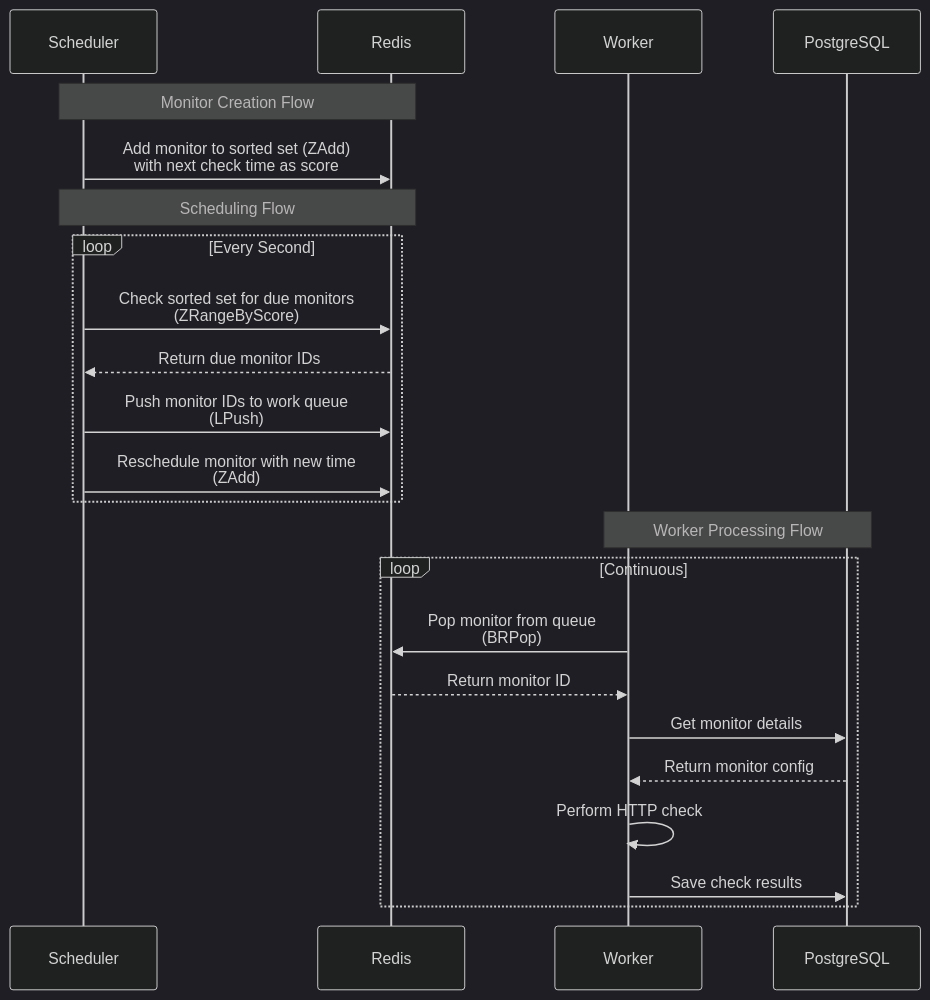
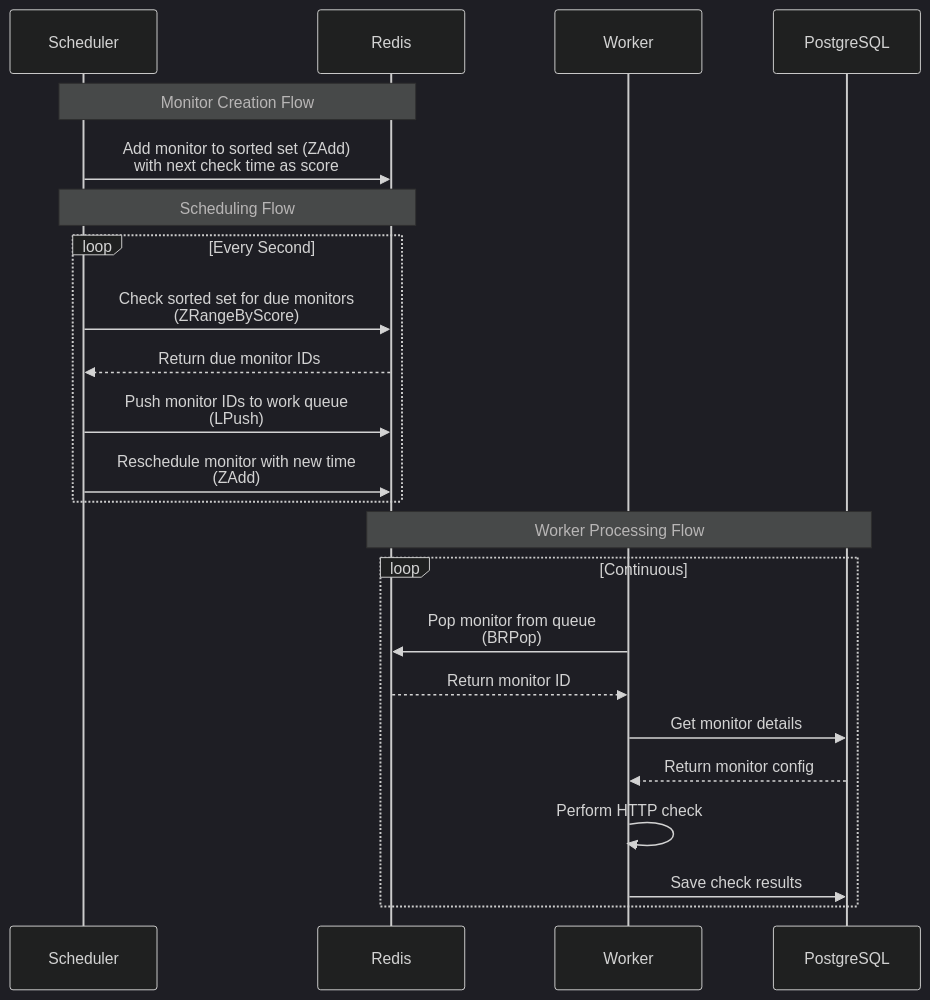
Before and after one commit to iamrajjoshi/pinguin: the diagram in README.md, drawn with Mermaid (dark theme).

Commit message:
:mag: nit: update README.md

````diff
--- a/README.md
+++ b/README.md
@@ -46,28 +46,28 @@
 ```mermaid
 sequenceDiagram
     participant S as Scheduler
     participant R as Redis
     participant W as Worker
     participant DB as PostgreSQL
     
     Note over S,R: Monitor Creation Flow
     S->>R: Add monitor to sorted set (ZAdd)<br/>with next check time as score
     
     Note over S,R: Scheduling Flow
     loop Every Second
         S->>R: Check sorted set for due monitors<br/>(ZRangeByScore)
         R-->>S: Return due monitor IDs
         S->>R: Push monitor IDs to work queue<br/>(LPush)
         S->>R: Reschedule monitor with new time<br/>(ZAdd)
     end
 
-    Note over W,DB: Worker Processing Flow
+    Note over R,DB: Worker Processing Flow
     loop Continuous
         W->>R: Pop monitor from queue<br/>(BRPop)
         R-->>W: Return monitor ID
         W->>DB: Get monitor details
         DB-->>W: Return monitor config
         W->>W: Perform HTTP check
         W->>DB: Save check results
     end
 ```
````
